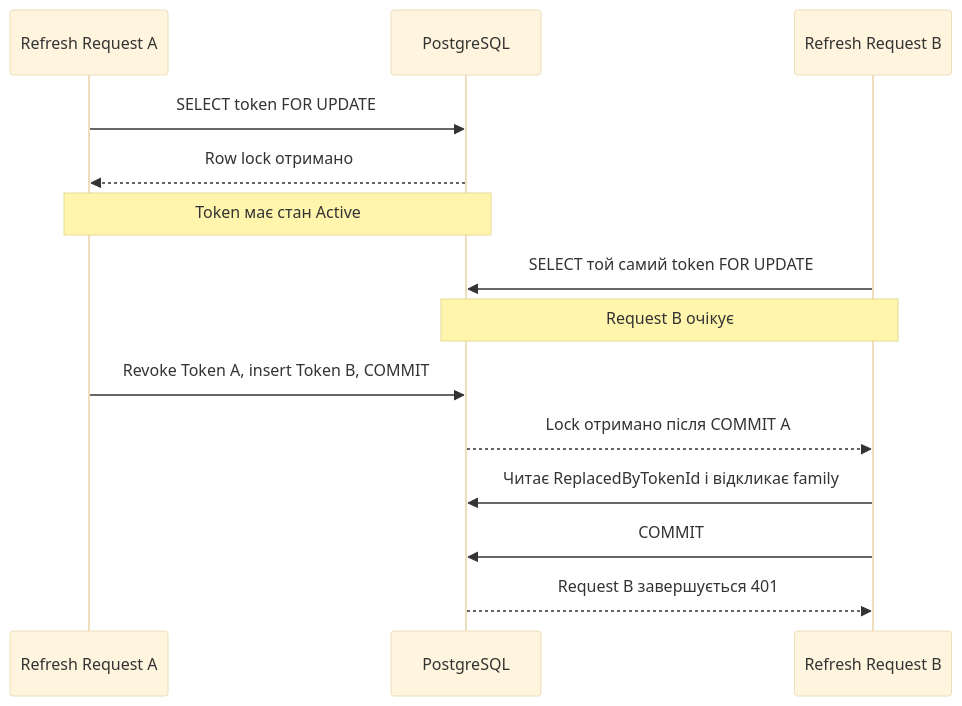
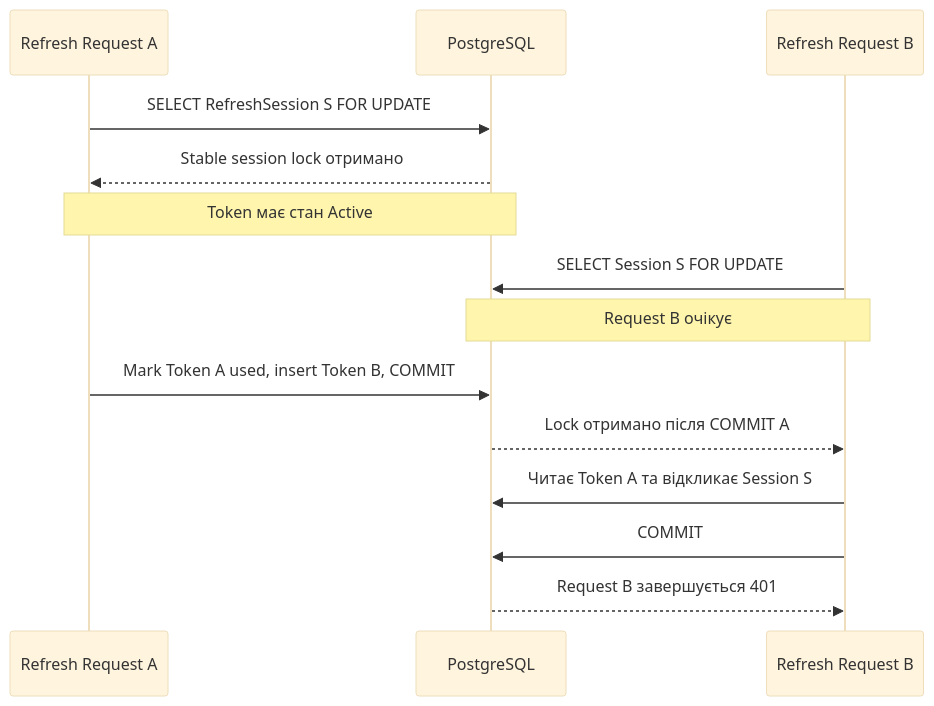
The sixth of 6 diagrams in docs/identity/authentication-flow.md (SqeeZarion/AiControlCenter), drawn with Mermaid (base theme) before and after one commit. The commit also changed other lines of this file and 58 other files, not shown here.

````diff
--- a/docs/identity/authentication-flow.md
+++ b/docs/identity/authentication-flow.md
@@ -377,17 +378,17 @@
 ```mermaid
 sequenceDiagram
     participant A as Refresh Request A
     participant DB as PostgreSQL
     participant B as Refresh Request B
 
-    A->>DB: SELECT token FOR UPDATE
-    DB-->>A: Row lock отримано
+    A->>DB: SELECT RefreshSession S FOR UPDATE
+    DB-->>A: Stable session lock отримано
     Note over A,DB: Token має стан Active
-    B->>DB: SELECT той самий token FOR UPDATE
+    B->>DB: SELECT Session S FOR UPDATE
     Note over B,DB: Request B очікує
-    A->>DB: Revoke Token A, insert Token B, COMMIT
+    A->>DB: Mark Token A used, insert Token B, COMMIT
     DB-->>B: Lock отримано після COMMIT A
-    B->>DB: Читає ReplacedByTokenId і відкликає family
+    B->>DB: Читає Token A та відкликає Session S
     B->>DB: COMMIT
     DB-->>B: Request B завершується 401
 ```
````
